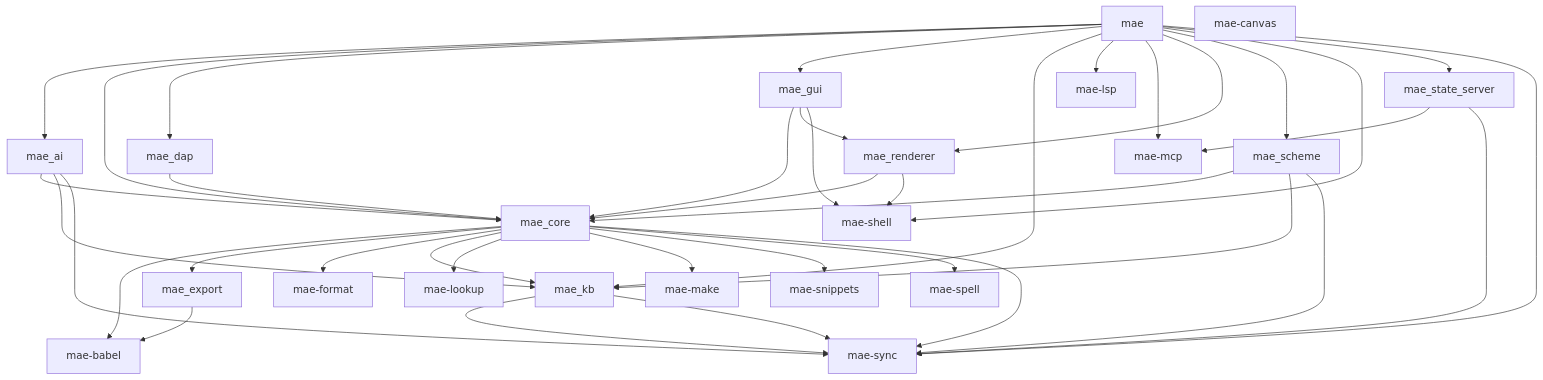
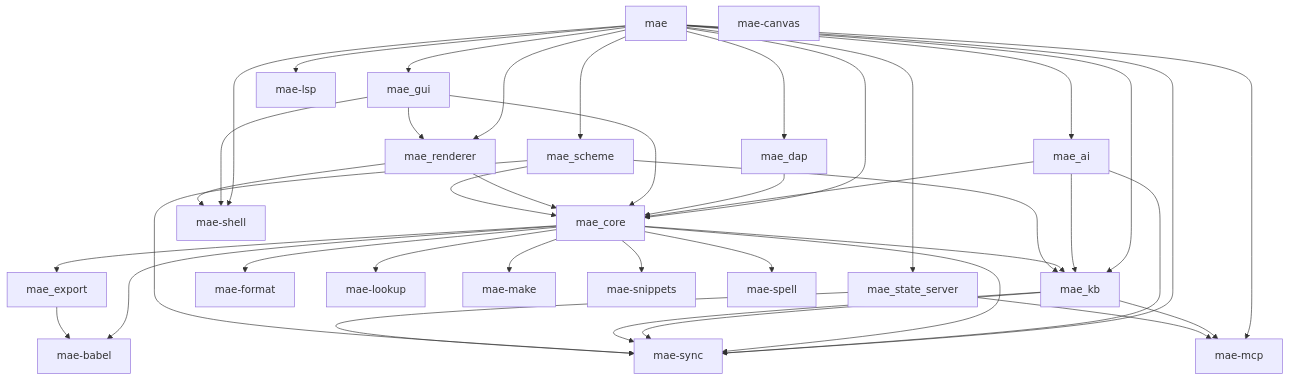
The diagram in docs/CODE_MAP.md (cuttlefisch/mae), drawn with Mermaid before and after one commit. The commit also changed other lines of this file and 11 other files, not shown here.

````diff
--- a/docs/CODE_MAP.md
+++ b/docs/CODE_MAP.md
@@ -7,52 +7,53 @@
 ```mermaid
 graph TD
     mae --> mae_ai
     mae --> mae_core
     mae --> mae_dap
     mae --> mae_gui
     mae --> mae_kb
     mae --> mae_lsp
     mae --> mae_mcp
     mae --> mae_renderer
     mae --> mae_scheme
     mae --> mae_shell
     mae --> mae_state_server
     mae --> mae_sync
     mae_ai --> mae_core
     mae_ai --> mae_kb
     mae_ai --> mae_sync
     mae_babel[mae-babel]
     mae_canvas[mae-canvas]
     mae_core --> mae_babel
     mae_core --> mae_export
     mae_core --> mae_format
     mae_core --> mae_kb
     mae_core --> mae_lookup
     mae_core --> mae_make
     mae_core --> mae_snippets
     mae_core --> mae_spell
     mae_core --> mae_sync
     mae_dap --> mae_core
     mae_export --> mae_babel
     mae_format[mae-format]
     mae_gui --> mae_core
     mae_gui --> mae_renderer
     mae_gui --> mae_shell
+    mae_kb --> mae_mcp
     mae_kb --> mae_sync
     mae_kb --> mae_sync
     mae_lookup[mae-lookup]
     mae_lsp[mae-lsp]
     mae_make[mae-make]
     mae_mcp[mae-mcp]
     mae_renderer --> mae_core
     mae_renderer --> mae_shell
     mae_scheme --> mae_core
     mae_scheme --> mae_kb
     mae_scheme --> mae_sync
     mae_shell[mae-shell]
     mae_snippets[mae-snippets]
     mae_spell[mae-spell]
     mae_state_server --> mae_mcp
     mae_state_server --> mae_sync
     mae_sync[mae-sync]
 ```
````
